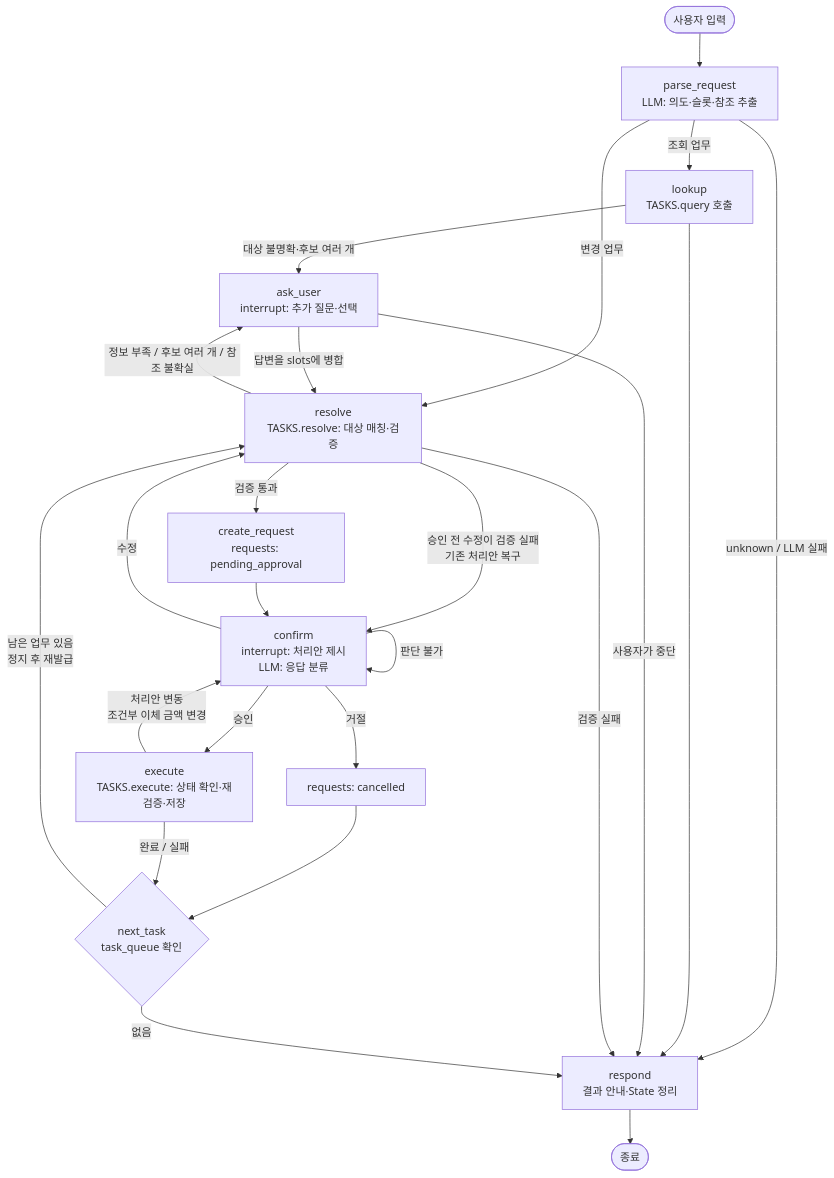
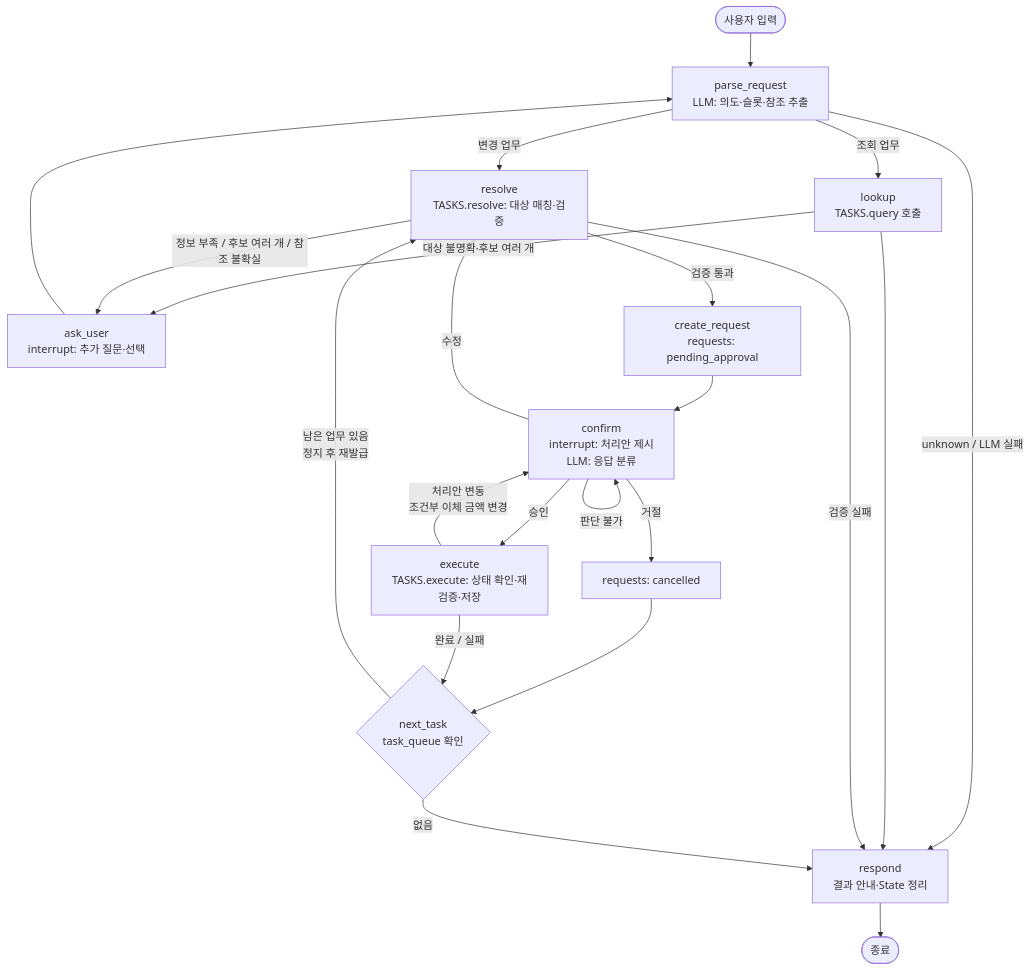
Before and after one commit to gcnrvi/VirtualFinancialAgent: the diagram in docs/design_draft.md, drawn with Mermaid. The commit also changed other lines of this file and 3 other files, not shown here.

````diff
--- a/docs/design_draft.md
+++ b/docs/design_draft.md
@@ -20,30 +20,28 @@
 ```mermaid
 flowchart TD
     START([사용자 입력]) --> parse[parse_request<br/>LLM: 의도·슬롯·참조 추출]
     parse -->|조회 업무| lookup[lookup<br/>TASKS.query 호출]
     parse -->|변경 업무| resolve[resolve<br/>TASKS.resolve: 대상 매칭·검증]
     parse -->|unknown / LLM 실패| respond
 
     lookup -->|대상 불명확·후보 여러 개| ask
     lookup --> respond[respond<br/>결과 안내·State 정리]
 
     resolve -->|정보 부족 / 후보 여러 개 / 참조 불확실| ask[ask_user<br/>interrupt: 추가 질문·선택]
-    ask -->|답변을 slots에 병합| resolve
-    ask -->|사용자가 중단| respond
+    ask --> parse
     resolve -->|검증 실패| respond
-    resolve -->|승인 전 수정이 검증 실패<br/>기존 처리안 복구| confirm
     resolve -->|검증 통과| record[create_request<br/>requests: pending_approval]
     record --> confirm[confirm<br/>interrupt: 처리안 제시<br/>LLM: 응답 분류]
 
     confirm -->|승인| execute[execute<br/>TASKS.execute: 상태 확인·재검증·저장]
     confirm -->|거절| cancel[requests: cancelled] --> next
     confirm -->|수정| resolve
     confirm -->|판단 불가| confirm
 
     execute -->|처리안 변동<br/>조건부 이체 금액 변경| confirm
     execute -->|완료 / 실패| next{next_task<br/>task_queue 확인}
 
     next -->|남은 업무 있음<br/>정지 후 재발급| resolve
     next -->|없음| respond
     respond --> END([종료])
 ```
````
